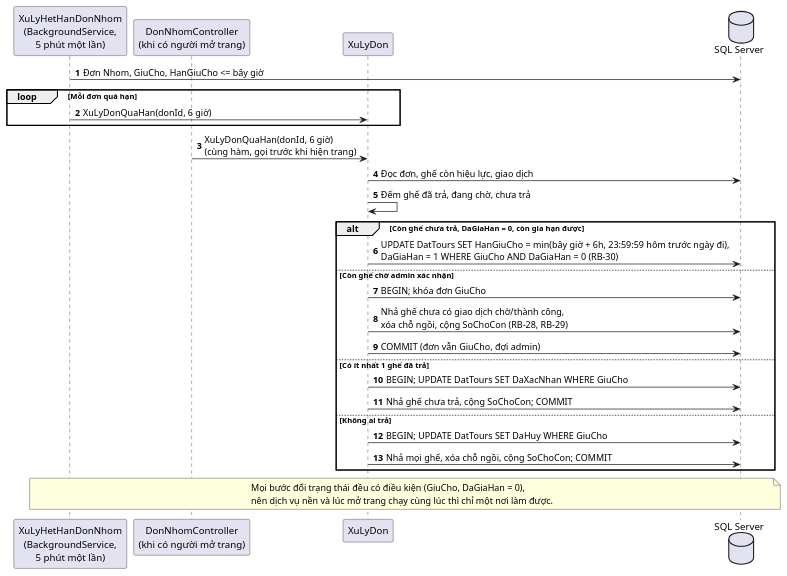
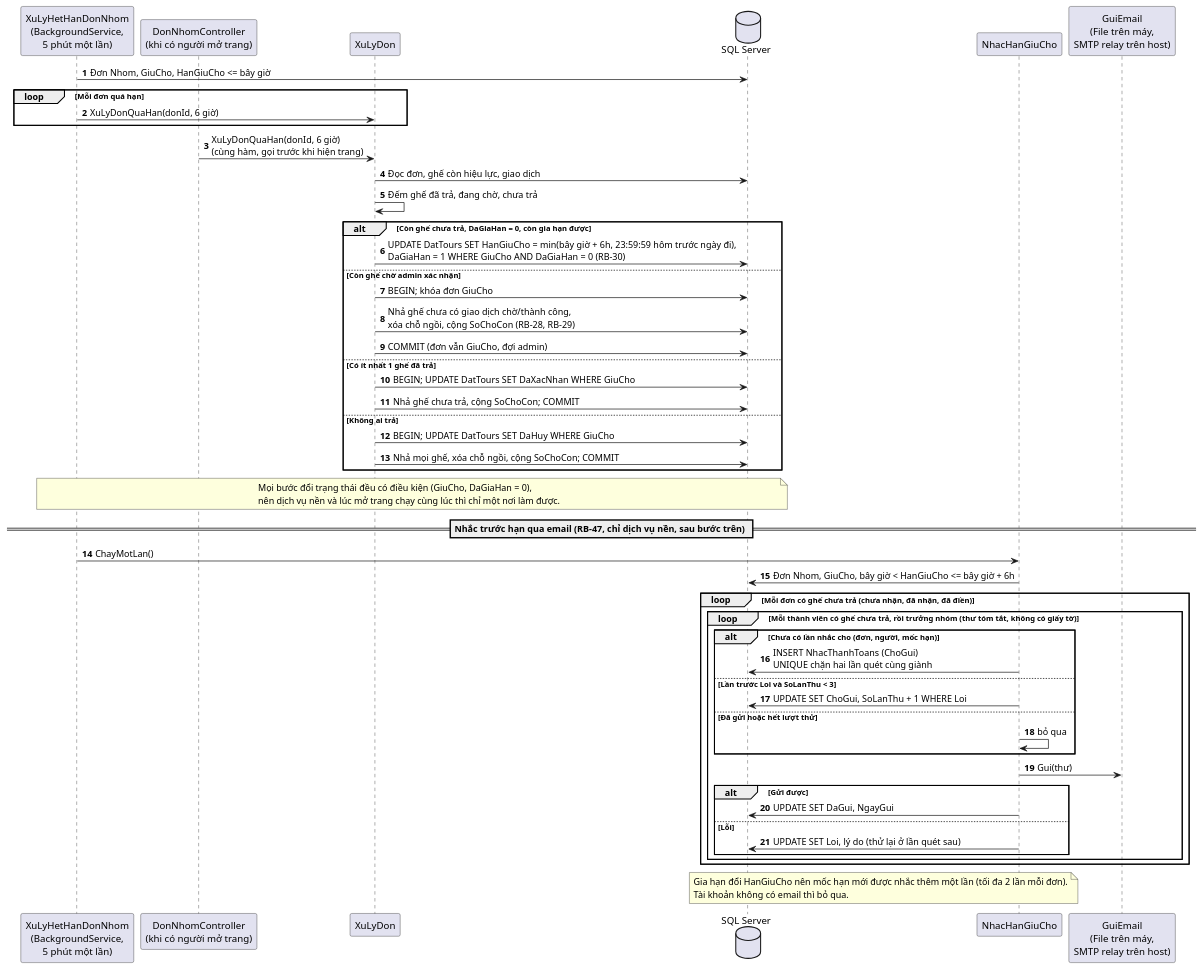
Before and after one commit to manhta865-dev/webdulich: the diagram in docs/diagrams/seq-het-han.puml, drawn with PlantUML. The commit also changed 10 other files, not shown here.

First line of the commit message:
Nhắc qua email khi đơn nhóm sắp hết hạn mà còn ghế chưa trả (RB-47)

```diff
--- a/docs/diagrams/seq-het-han.puml
+++ b/docs/diagrams/seq-het-han.puml
@@ -1,34 +1,61 @@
 @startuml seq-het-han
 ' Hình 3.4. Sequence: xử lý đơn nhóm hết hạn giữ chỗ (khớp code N5)
 autonumber
 participant "XuLyHetHanDonNhom\n(BackgroundService,\n5 phút một lần)" as DV
 participant "DonNhomController\n(khi có người mở trang)" as DN
 participant "XuLyDon" as XL
 database "SQL Server" as DB
 
 DV -> DB : Đơn Nhom, GiuCho, HanGiuCho <= bây giờ
 loop Mỗi đơn quá hạn
   DV -> XL : XuLyDonQuaHan(donId, 6 giờ)
 end
 DN -> XL : XuLyDonQuaHan(donId, 6 giờ)\n(cùng hàm, gọi trước khi hiện trang)
 
 XL -> DB : Đọc đơn, ghế còn hiệu lực, giao dịch
 XL -> XL : Đếm ghế đã trả, đang chờ, chưa trả
 alt Còn ghế chưa trả, DaGiaHan = 0, còn gia hạn được
   XL -> DB : UPDATE DatTours SET HanGiuCho = min(bây giờ + 6h, 23:59:59 hôm trước ngày đi),\nDaGiaHan = 1 WHERE GiuCho AND DaGiaHan = 0 (RB-30)
 else Còn ghế chờ admin xác nhận
   XL -> DB : BEGIN; khóa đơn GiuCho
   XL -> DB : Nhả ghế chưa có giao dịch chờ/thành công,\nxóa chỗ ngồi, cộng SoChoCon (RB-28, RB-29)
   XL -> DB : COMMIT (đơn vẫn GiuCho, đợi admin)
 else Có ít nhất 1 ghế đã trả
   XL -> DB : BEGIN; UPDATE DatTours SET DaXacNhan WHERE GiuCho
   XL -> DB : Nhả ghế chưa trả, cộng SoChoCon; COMMIT
 else Không ai trả
   XL -> DB : BEGIN; UPDATE DatTours SET DaHuy WHERE GiuCho
   XL -> DB : Nhả mọi ghế, xóa chỗ ngồi, cộng SoChoCon; COMMIT
 end
 note over DV, DB
   Mọi bước đổi trạng thái đều có điều kiện (GiuCho, DaGiaHan = 0),
   nên dịch vụ nền và lúc mở trang chạy cùng lúc thì chỉ một nơi làm được.
 end note
+
+== Nhắc trước hạn qua email (RB-47, chỉ dịch vụ nền, sau bước trên) ==
+participant "NhacHanGiuCho" as NH
+participant "GuiEmail\n(File trên máy,\nSMTP relay trên host)" as GM
+DV -> NH : ChayMotLan()
+NH -> DB : Đơn Nhom, GiuCho, bây giờ < HanGiuCho <= bây giờ + 6h
+loop Mỗi đơn có ghế chưa trả (chưa nhận, đã nhận, đã điền)
+  loop Mỗi thành viên có ghế chưa trả, rồi trưởng nhóm (thư tóm tắt, không có giấy tờ)
+    alt Chưa có lần nhắc cho (đơn, người, mốc hạn)
+      NH -> DB : INSERT NhacThanhToans (ChoGui)\nUNIQUE chặn hai lần quét cùng giành
+    else Lần trước Loi và SoLanThu < 3
+      NH -> DB : UPDATE SET ChoGui, SoLanThu + 1 WHERE Loi
+    else Đã gửi hoặc hết lượt thử
+      NH -> NH : bỏ qua
+    end
+    NH -> GM : Gui(thư)
+    alt Gửi được
+      NH -> DB : UPDATE SET DaGui, NgayGui
+    else Lỗi
+      NH -> DB : UPDATE SET Loi, lý do (thử lại ở lần quét sau)
+    end
+  end
+end
+note over NH, DB
+  Gia hạn đổi HanGiuCho nên mốc hạn mới được nhắc thêm một lần (tối đa 2 lần mỗi đơn).
+  Tài khoản không có email thì bỏ qua.
+end note
 @enduml
```
